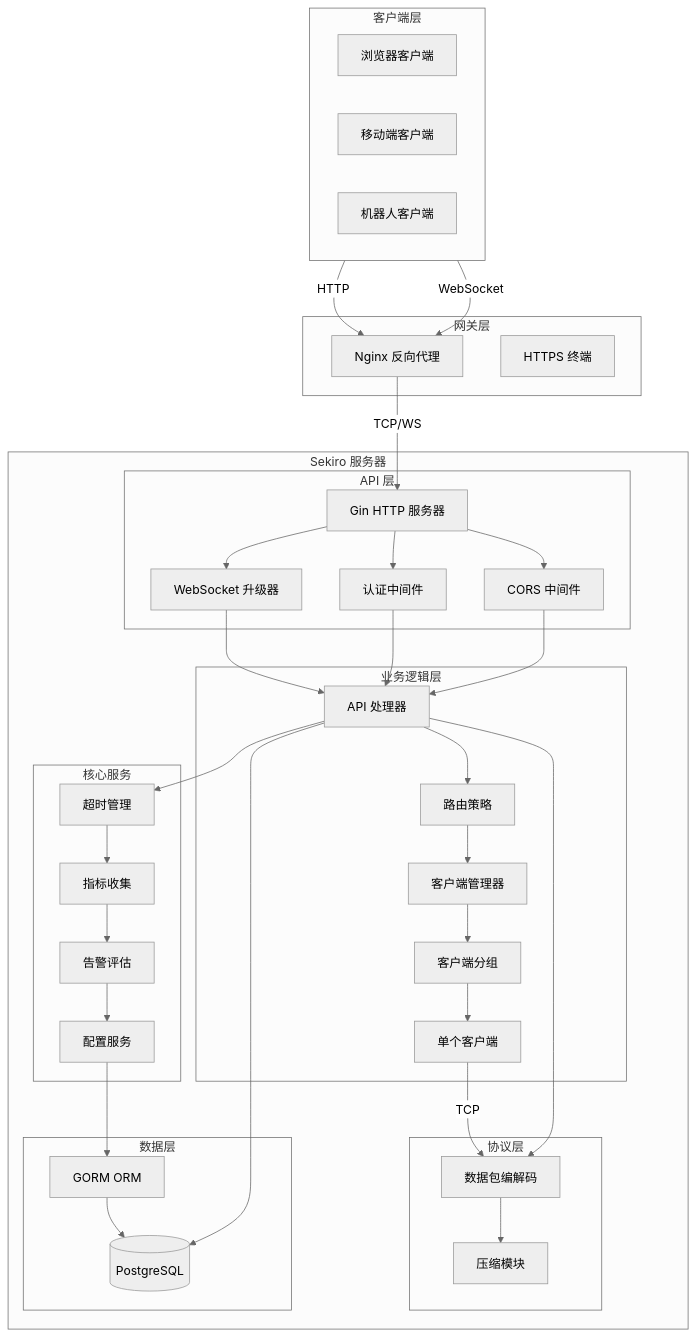
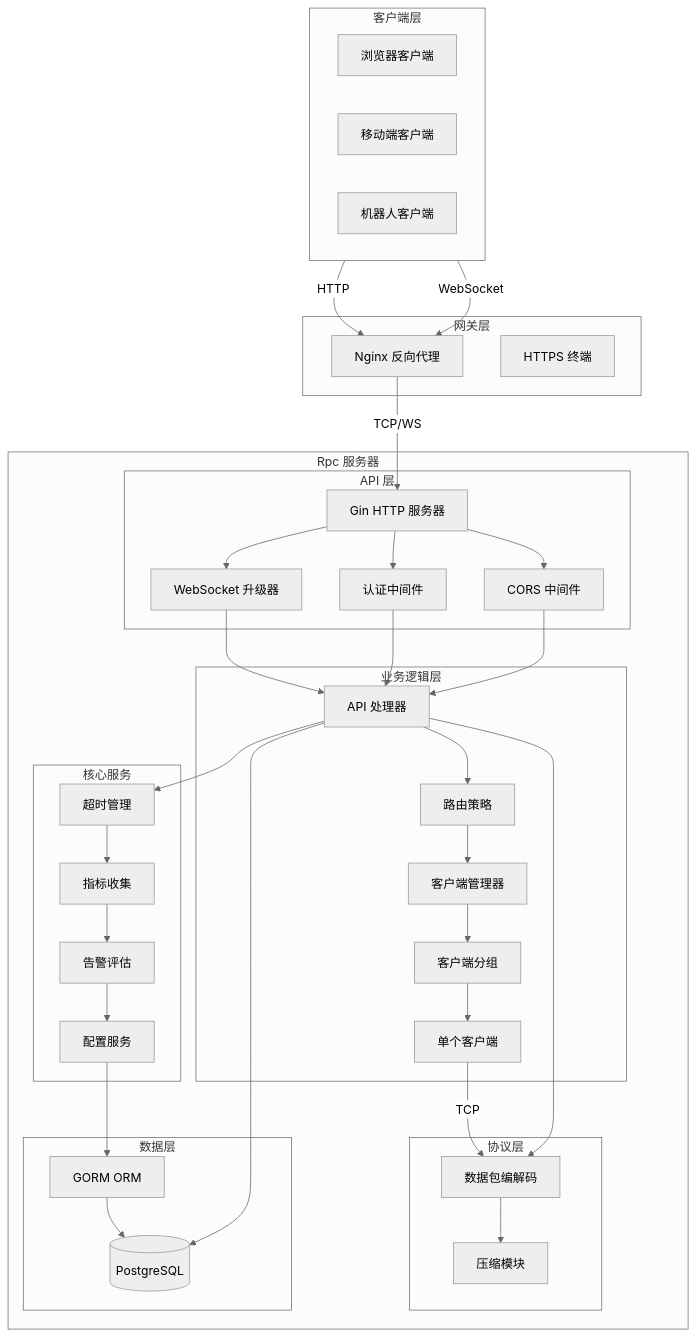
The first of 3 diagrams in docs/TECHNICAL_ANALYSIS.md (ruoxhub/go-rpc), drawn with Mermaid (neutral theme) before and after one commit. The commit also changed other lines of this file and 98 other files, not shown here.

Commit message:
refactor: 重命名 Sekiro 为 Rpc

````diff
--- a/docs/TECHNICAL_ANALYSIS.md
+++ b/docs/TECHNICAL_ANALYSIS.md
@@ -117,71 +117,71 @@
 ```mermaid
 graph TB
     subgraph Client["客户端层"]
         Browser[浏览器客户端]
         Mobile[移动端客户端]
         Bot[机器人客户端]
     end
     
     subgraph Gateway["网关层"]
         Nginx[Nginx 反向代理]
         HTTPS[HTTPS 终端]
     end
     
-    subgraph Server["Sekiro 服务器"]
+    subgraph Server["Rpc 服务器"]
         subgraph API["API 层"]
             Gin[Gin HTTP 服务器]
             WSUpgrader[WebSocket 升级器]
             CORS[CORS 中间件]
             Auth[认证中间件]
         end
         
         subgraph Business["业务逻辑层"]
             APIHandler[API 处理器]
             Router[路由策略]
             ClientMgr[客户端管理器]
             Group[客户端分组]
             ClientConn[单个客户端]
         end
         
         subgraph Protocol["协议层"]
             Packet[数据包编解码]
             Compress[压缩模块]
         end
         
         subgraph Core["核心服务"]
             TimeoutMgr[超时管理]
             Metrics[指标收集]
             Alert[告警评估]
             Config[配置服务]
         end
         
         subgraph Storage["数据层"]
             DB[(PostgreSQL)]
             GORM[GORM ORM]
         end
     end
     
     Client -->|WebSocket| Nginx
     Client -->|HTTP| Nginx
     Nginx -->|TCP/WS| Gin
     Gin --> CORS
     Gin --> Auth
     Gin --> WSUpgrader
     CORS --> APIHandler
     Auth --> APIHandler
     WSUpgrader --> APIHandler
     APIHandler --> Router
     Router --> ClientMgr
     ClientMgr --> Group
     Group --> ClientConn
     APIHandler --> Packet
     Packet --> Compress
     ClientConn -->|TCP| Packet
     APIHandler --> TimeoutMgr
     TimeoutMgr --> Metrics
     Metrics --> Alert
     Alert --> Config
     APIHandler --> DB
     Config --> GORM
     GORM --> DB
 ```
````
